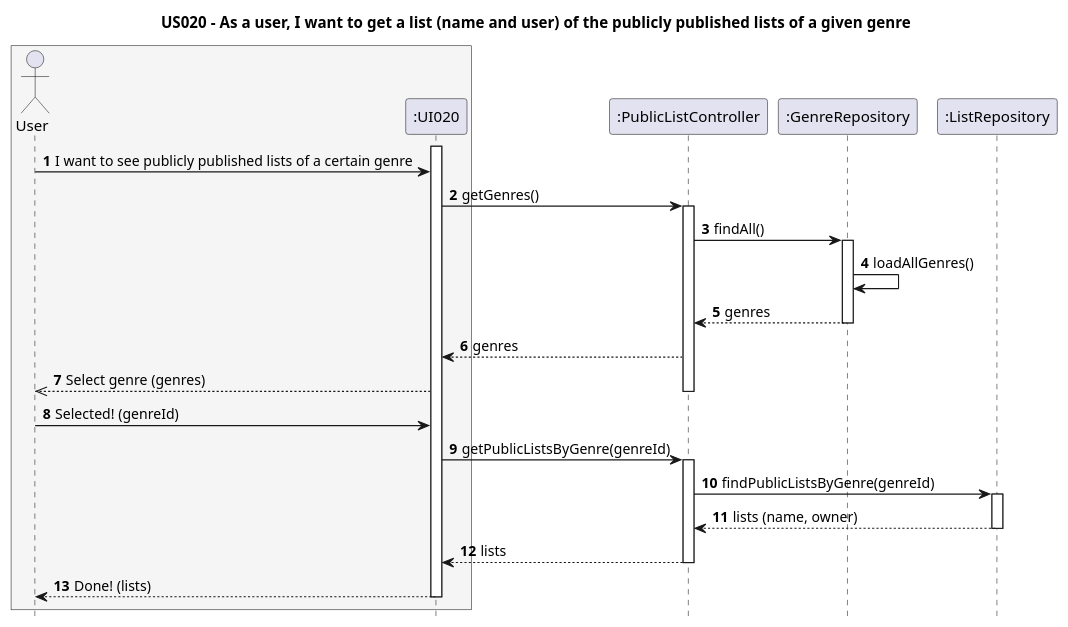
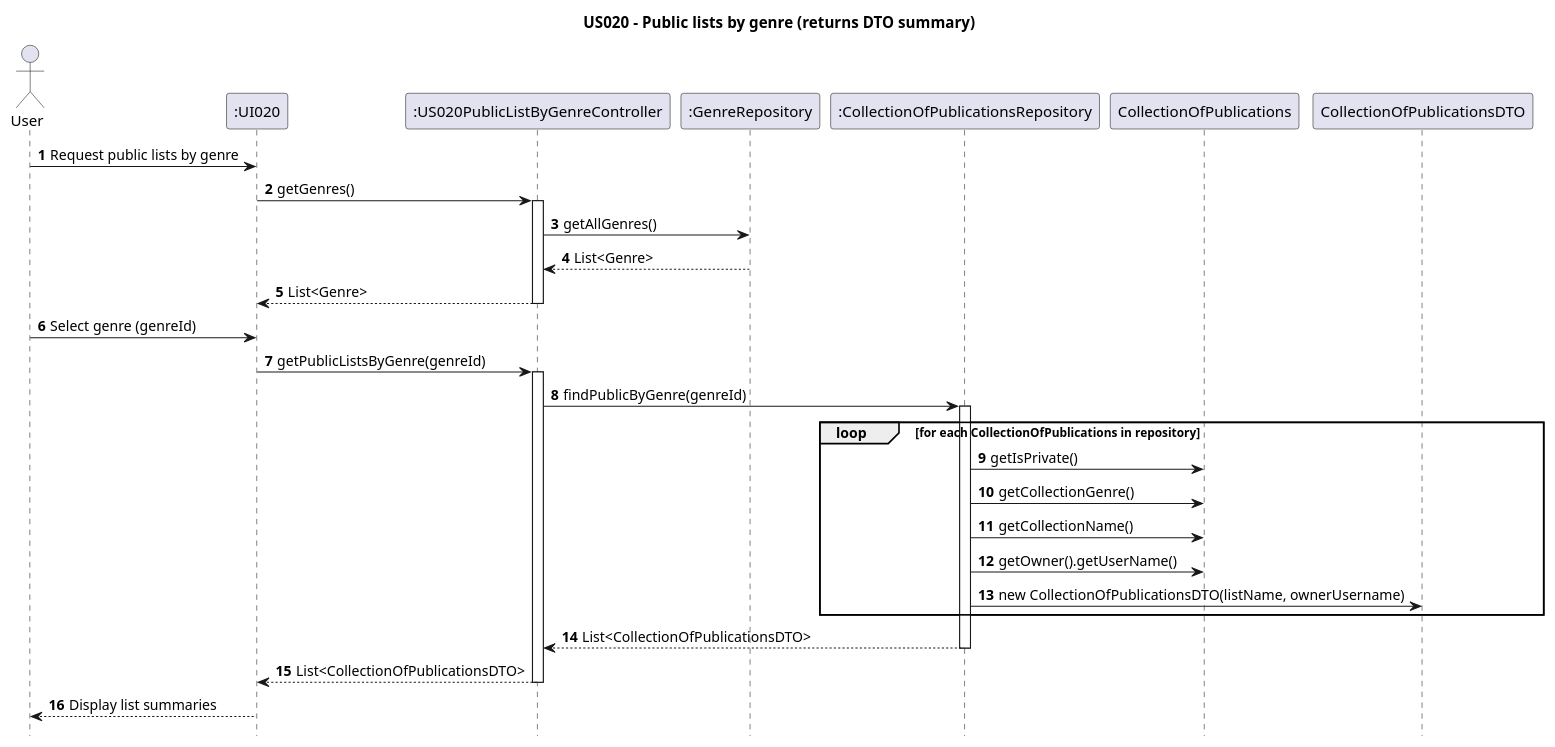
One commit to AndrePereiraGitH/SWitCH-Project-Team_A changed the diagram in Diagrams/SequenceDiagrams/N2/US020-to-get-a-list-of-published-lists-of-a-genre.puml. Above: the diagram before and after it, drawn with PlantUML. The commit also changed 1 other file, not shown here.

Commit message:
Working on #42, fixed minor mistakes in diagrams

```diff
--- a/Diagrams/SequenceDiagrams/N2/US020-to-get-a-list-of-published-lists-of-a-genre.puml
+++ b/Diagrams/SequenceDiagrams/N2/US020-to-get-a-list-of-published-lists-of-a-genre.puml
@@ -1,48 +1,46 @@
 @startuml
-
 hide footbox
 autonumber
 
-title US020 - As a user, I want to get a list (name and user) of the publicly published lists of a given genre
+title US020 - Public lists by genre (returns DTO summary)
 
-box #WhiteSmoke
 actor User
 participant ":UI020" as UI
-end box
+participant ":US020PublicListByGenreController" as Controller
+participant ":GenreRepository" as GenreRepo
+participant ":CollectionOfPublicationsRepository" as CollectionRepo
+participant "CollectionOfPublications" as Collection
+participant "CollectionOfPublicationsDTO" as DTO
 
-participant ":PublicListController" as PublicListController
-participant ":GenreRepository" as GenreRepository
-participant ":ListRepository" as ListRepository
+User -> UI : Request public lists by genre
+UI -> Controller : getGenres()
 
-activate UI
-User -> UI : I want to see publicly published lists of a certain genre
-UI -> PublicListController : getGenres()
+activate Controller
+Controller -> GenreRepo : getAllGenres()
+GenreRepo --> Controller : List<Genre>
+Controller --> UI : List<Genre>
+deactivate Controller
 
-activate PublicListController
+User -> UI : Select genre (genreId)
+UI -> Controller : getPublicListsByGenre(genreId)
 
-PublicListController -> GenreRepository : findAll()
+activate Controller
+Controller -> CollectionRepo : findPublicByGenre(genreId)
+activate CollectionRepo
 
-activate GenreRepository
-GenreRepository -> GenreRepository : loadAllGenres()
-GenreRepository --> PublicListController : genres
-deactivate GenreRepository
+loop for each CollectionOfPublications in repository
+  CollectionRepo -> Collection : getIsPrivate()
+  CollectionRepo -> Collection : getCollectionGenre()
+  CollectionRepo -> Collection : getCollectionName()
+  CollectionRepo -> Collection : getOwner().getUserName()
+  CollectionRepo -> DTO : new CollectionOfPublicationsDTO(listName, ownerUsername)
+end
 
-PublicListController --> UI : genres
-UI -->> User : Select genre (genres)
-deactivate PublicListController
+CollectionRepo --> Controller : List<CollectionOfPublicationsDTO>
+deactivate CollectionRepo
+Controller --> UI : List<CollectionOfPublicationsDTO>
+deactivate Controller
 
-User -> UI : Selected! (genreId)
-UI -> PublicListController : getPublicListsByGenre(genreId)
-
-activate PublicListController
-PublicListController -> ListRepository : findPublicListsByGenre(genreId)
-activate ListRepository
-ListRepository --> PublicListController : lists (name, owner)
-deactivate ListRepository
-PublicListController --> UI : lists
-deactivate PublicListController
-
-UI --> User : Done! (lists)
-deactivate UI
+UI --> User : Display list summaries
 
 @enduml
```
